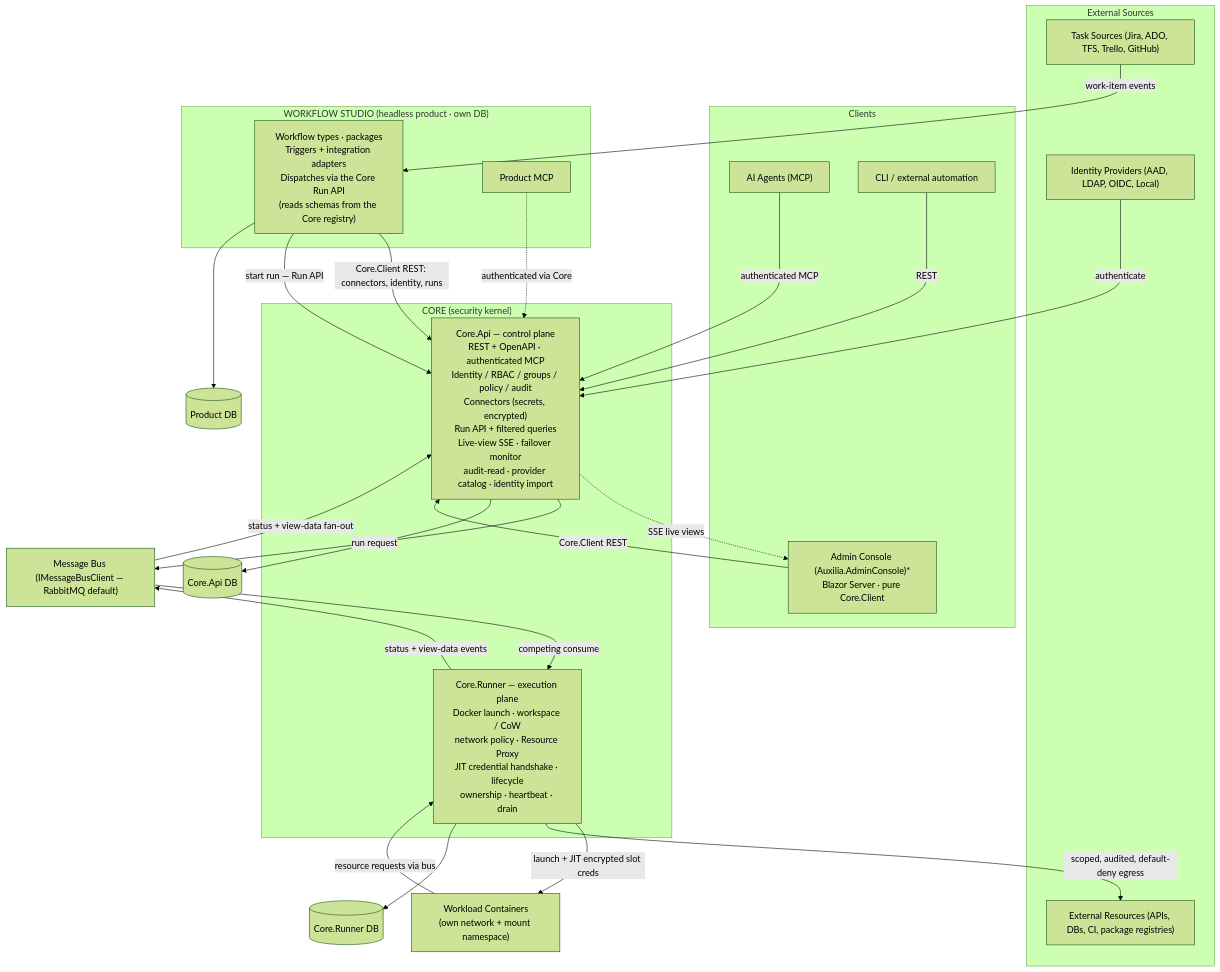
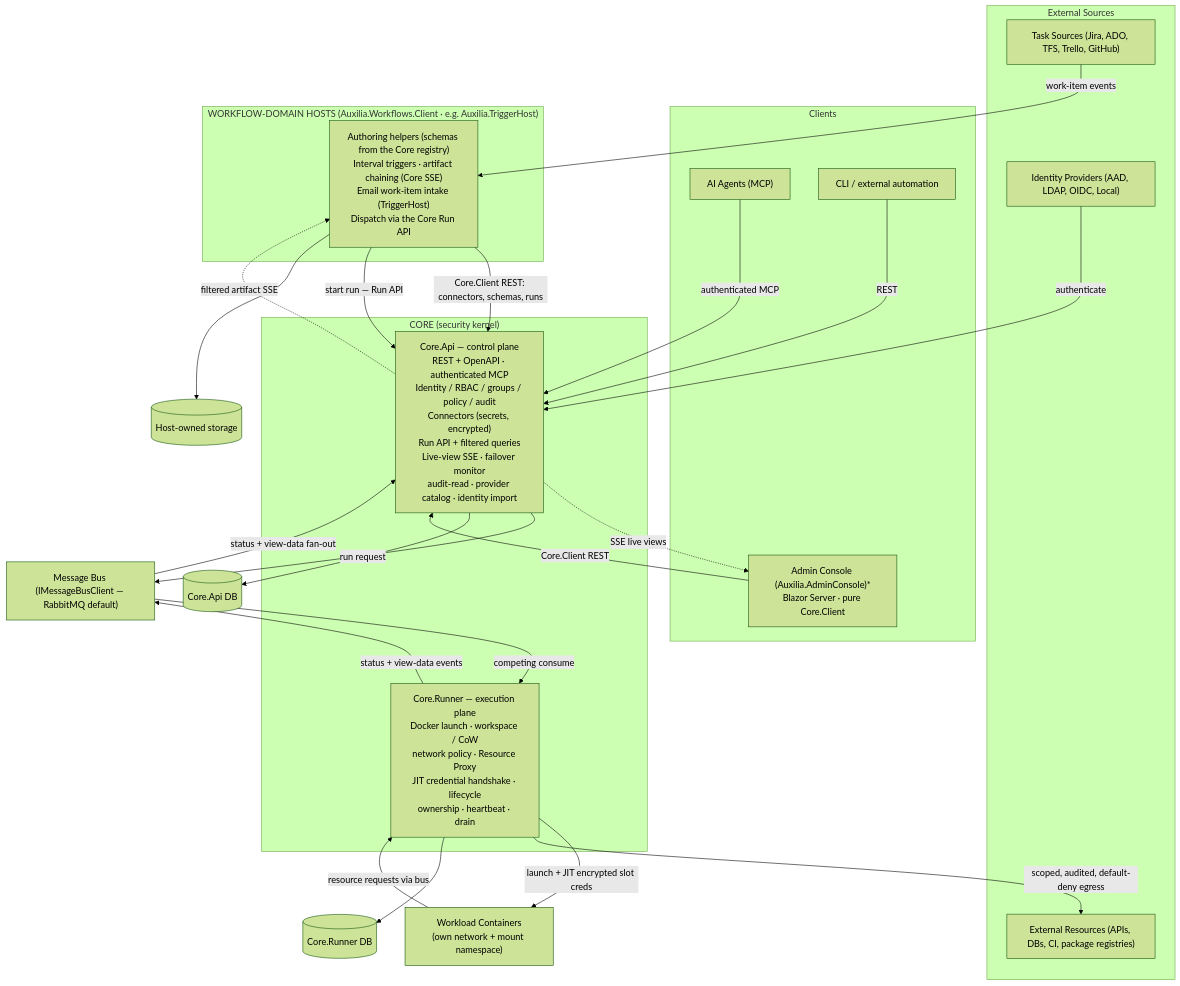
One commit to FelixKlakow/Auxilia changed the first of 13 diagrams in docs/ARCHITECTURE.md. Above: the diagram before and after it, drawn with Mermaid (forest theme). The commit also changed other lines of this file and 41 other files, not shown here.

First line of the commit message:
feat(platform)!: retire the WorkflowStudio deployable - the workflow domain is a library

````diff
--- a/docs/ARCHITECTURE.md
+++ b/docs/ARCHITECTURE.md
@@ -75,49 +76,48 @@
 ```mermaid
 graph TB
     subgraph Sources["External Sources"]
         TASKS["Task Sources (Jira, ADO, TFS, Trello, GitHub)"]
         IDP["Identity Providers (AAD, LDAP, OIDC, Local)"]
         EXT["External Resources (APIs, DBs, CI, package registries)"]
     end
     subgraph Clients["Clients"]
         ADMIN["Admin Console (Auxilia.AdminConsole)*\nBlazor Server · pure Core.Client"]
         AI["AI Agents (MCP)"]
         CLI["CLI / external automation"]
     end
-    subgraph Product["WORKFLOW STUDIO (headless product · own DB)"]
-        PROD["Workflow types · packages\nTriggers + integration adapters\nDispatches via the Core Run API\n(reads schemas from the Core registry)"]
-        PRODMCP["Product MCP"]
+    subgraph Hosts["WORKFLOW-DOMAIN HOSTS (Auxilia.Workflows.Client · e.g. Auxilia.TriggerHost)"]
+        PROD["Authoring helpers (schemas from the Core registry)\nInterval triggers · artifact chaining (Core SSE)\nEmail work-item intake (TriggerHost)\nDispatch via the Core Run API"]
     end
     subgraph Core["CORE (security kernel)"]
         API["Core.Api — control plane\nREST + OpenAPI · authenticated MCP\nIdentity / RBAC / groups / policy / audit\nConnectors (secrets, encrypted)\nRun API + filtered queries\nLive-view SSE · failover monitor\naudit-read · provider catalog · identity import"]
         RUNNER["Core.Runner — execution plane\nDocker launch · workspace / CoW\nnetwork policy · Resource Proxy\nJIT credential handshake · lifecycle\nownership · heartbeat · drain"]
     end
     WF["Workload Containers\n(own network + mount namespace)"]
     BUS["Message Bus (IMessageBusClient — RabbitMQ default)"]
     COREDB[("Core.Api DB")]
     RUNDB[("Core.Runner DB")]
-    PRODDB[("Product DB")]
+    PRODDB[("Host-owned storage")]
 
     ADMIN -->|Core.Client REST| API
     API -.->|SSE live views| ADMIN
     CLI -->|REST| API
     AI -->|authenticated MCP| API
-    PROD -->|Core.Client REST: connectors, identity, runs| API
+    PROD -->|Core.Client REST: connectors, schemas, runs| API
     PROD -->|start run — Run API| API
-    PRODMCP -.->|authenticated via Core| API
+    API -.->|filtered artifact SSE| PROD
     TASKS -->|work-item events| PROD
     IDP -->|authenticate| API
 
     API -->|run request| BUS
     BUS -->|competing consume| RUNNER
     RUNNER -->|status + view-data events| BUS
     BUS -->|status + view-data fan-out| API
 
     RUNNER -->|launch + JIT encrypted slot creds| WF
     WF -->|resource requests via bus| RUNNER
     RUNNER -->|scoped, audited, default-deny egress| EXT
 
     API --> COREDB
     RUNNER --> RUNDB
     PROD --> PRODDB
 ```
````
